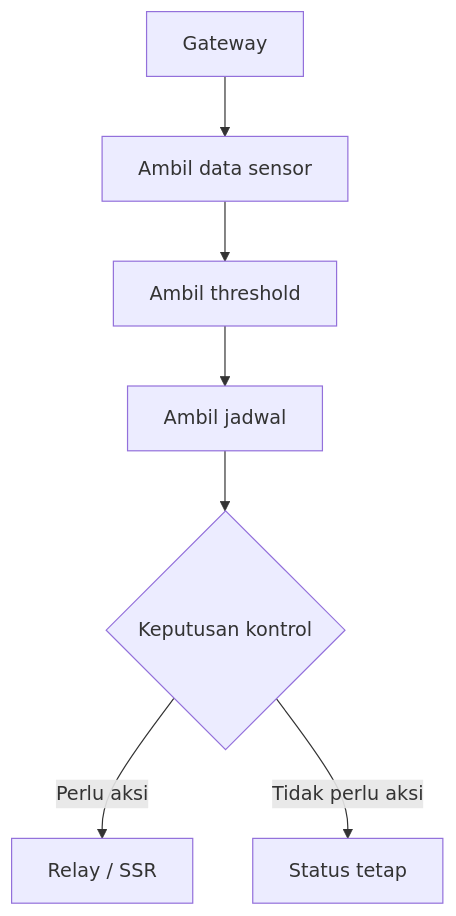
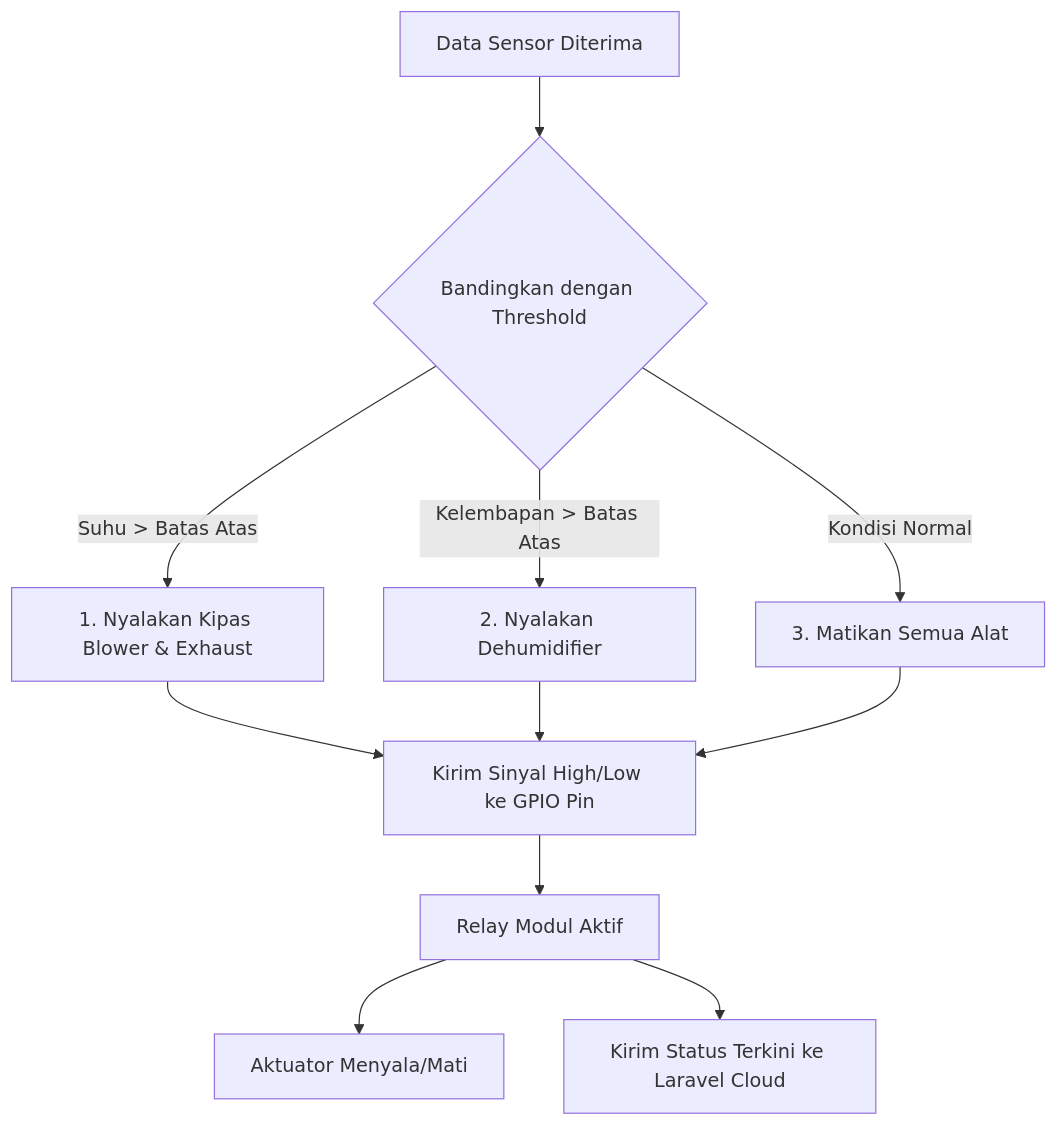
The diagram in src/content/docs/04-system-architecture/alur-gateway-ke-aktuator.md (dhimasardinata/ta-iot-greenhouse-docs), drawn with Mermaid before and after one commit. The commit also changed other lines of this file and 30 other files, not shown here.

````diff
--- a/src/content/docs/04-system-architecture/alur-gateway-ke-aktuator.md
+++ b/src/content/docs/04-system-architecture/alur-gateway-ke-aktuator.md
@@ -11,9 +17,15 @@
 ```mermaid
 flowchart TD
-    A[Gateway] --> B[Ambil data sensor]
-    B --> C[Ambil threshold]
-    C --> D[Ambil jadwal]
-    D --> E{Keputusan kontrol}
-    E -->|Perlu aksi| F[Relay / SSR]
-    E -->|Tidak perlu aksi| G[Status tetap]
+    Data[Data Sensor Diterima] --> Compare{Bandingkan dengan Threshold}
+    Compare -->|Suhu > Batas Atas| Fan[1. Nyalakan Kipas Blower & Exhaust]
+    Compare -->|Kelembapan > Batas Atas| Dehum[2. Nyalakan Dehumidifier]
+    Compare -->|Kondisi Normal| Normal[3. Matikan Semua Alat]
+
+    Fan --> GPIO[Kirim Sinyal High/Low ke GPIO Pin]
+    Dehum --> GPIO
+    Normal --> GPIO
+
+    GPIO --> Relay[Relay Modul Aktif]
+    Relay --> AC[Aktuator Menyala/Mati]
+    Relay --> Cloud[Kirim Status Terkini ke Laravel Cloud]
 ```
````
